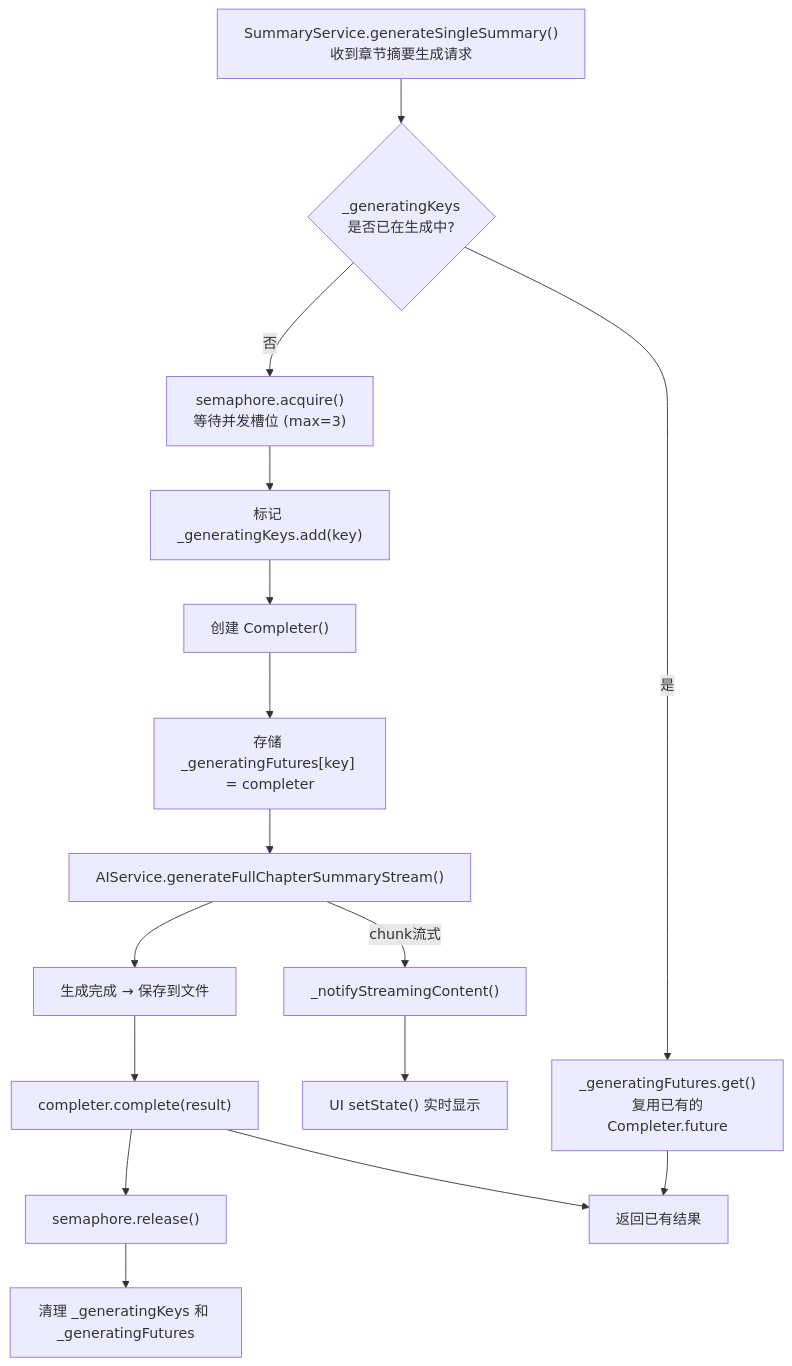
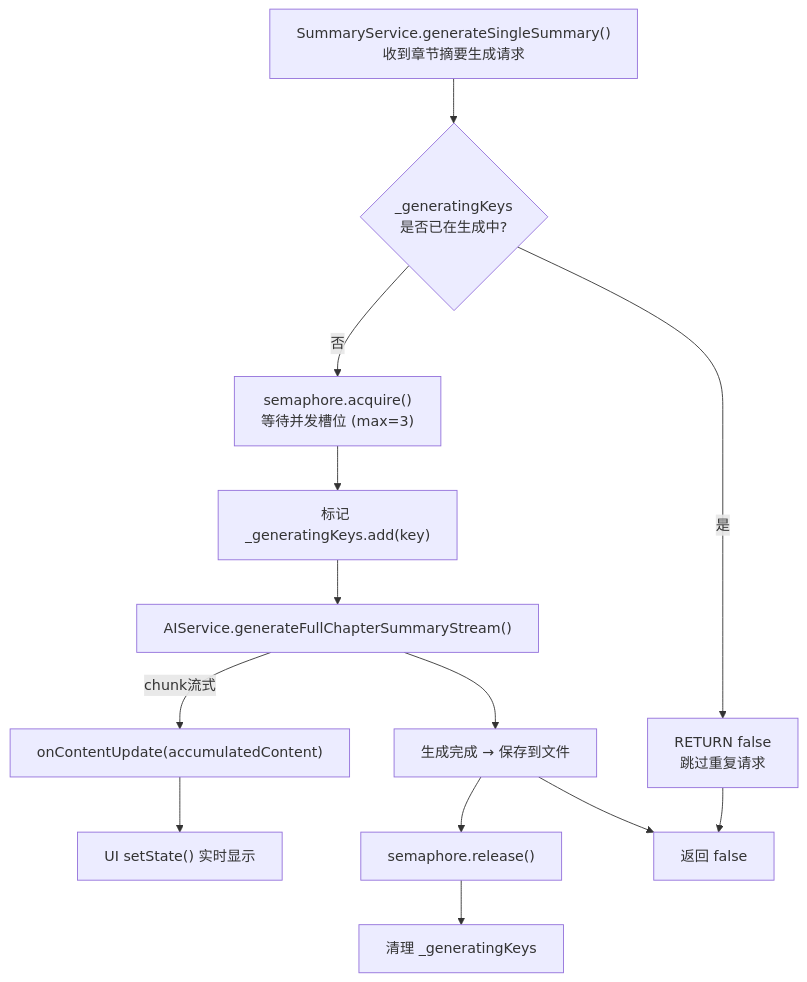
Before and after one commit to jjzhang2000/zhidu: the seventh of 11 diagrams in docs/function_call_relationships_visual.md, drawn with Mermaid. The commit also changed other lines of this file and 8 other files, not shown here.

````diff
--- a/docs/function_call_relationships_visual.md
+++ b/docs/function_call_relationships_visual.md
@@ -386,26 +385,23 @@
 ```mermaid
 flowchart TD
     REQ["SummaryService.generateSingleSummary()<br/>收到章节摘要生成请求"]
 
     REQ --> CHECK_GEN{"_generatingKeys<br/>是否已在生成中?"}
 
-    CHECK_GEN --> |"是"| WAIT["_generatingFutures.get()<br/>复用已有的Completer.future"]
+    CHECK_GEN --> |"是"| SKIP["RETURN false<br/>跳过重复请求"]
     CHECK_GEN --> |"否"| SEM["semaphore.acquire()<br/>等待并发槽位 (max=3)"]
 
     SEM --> MARK["标记 _generatingKeys.add(key)"]
-    MARK --> COMPLETER["创建 Completer<String?>()"]
-    COMPLETER --> STORE["存储 _generatingFutures[key] = completer"]
-    STORE --> AI["AIService.generateFullChapterSummaryStream()"]
+    MARK --> AI["AIService.generateFullChapterSummaryStream()"]
 
-    AI --> |"chunk流式"| NOTIFY["_notifyStreamingContent()"]
-    NOTIFY --> UI["UI setState() 实时显示"]
+    AI --> |"chunk流式"| CALLBACK["onContentUpdate(accumulatedContent)"]
+    CALLBACK --> UI["UI setState() 实时显示"]
 
     AI --> DONE["生成完成 → 保存到文件"]
 
-    DONE --> COMPLETE["completer.complete(result)"]
-    COMPLETE --> RELEASE["semaphore.release()"]
-    RELEASE --> CLEANUP["清理 _generatingKeys 和 _generatingFutures"]
+    DONE --> RELEASE["semaphore.release()"]
+    RELEASE --> CLEANUP["清理 _generatingKeys"]
 
-    WAIT --> RESULT["返回已有结果"]
-    COMPLETE --> RESULT
+    SKIP --> RESULT["返回 false"]
+    DONE --> RESULT
 ```
````
